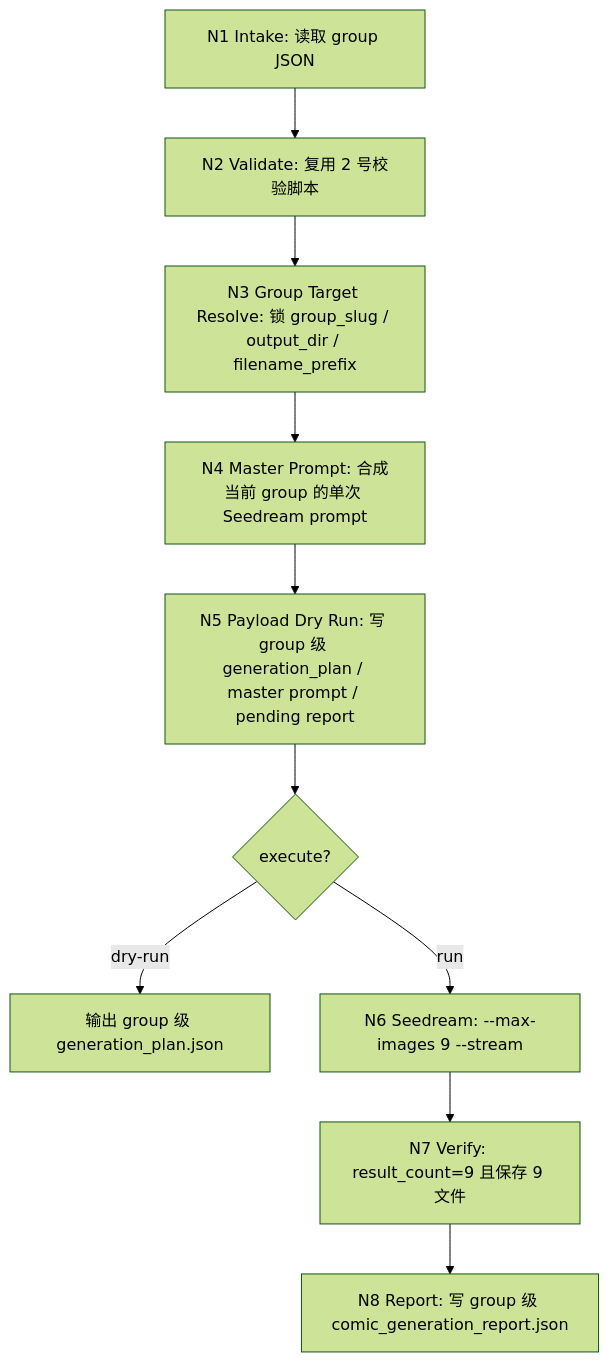
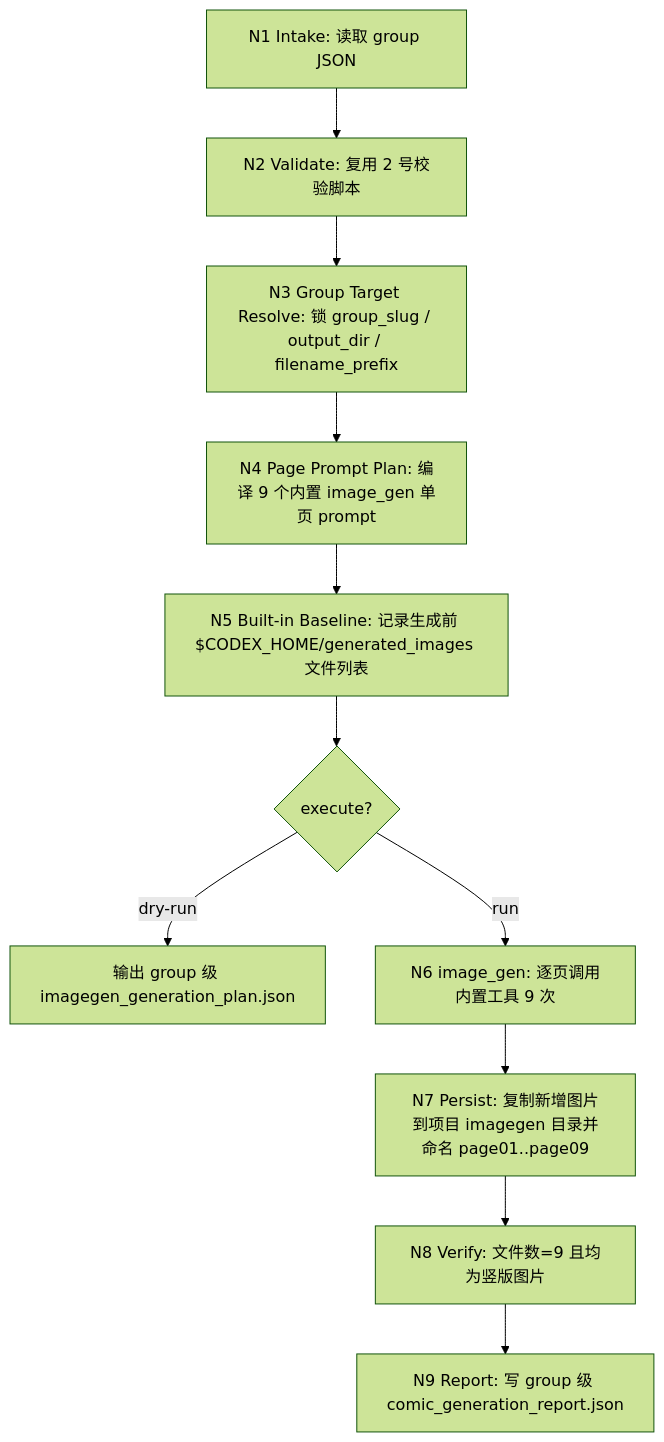
One commit to ZEN-VOID/AI-CUT changed the first of 2 diagrams in .agents/skills/comic/3-漫画生成/SKILL.md. Above: the diagram before and after it, drawn with Mermaid (forest theme). The commit also changed other lines of this file and 59 other files, not shown here.

````diff
--- a/.agents/skills/comic/3-漫画生成/SKILL.md
+++ b/.agents/skills/comic/3-漫画生成/SKILL.md
@@ -85,12 +91,13 @@
 ```mermaid
 flowchart TD
     A["N1 Intake: 读取 group JSON"] --> B["N2 Validate: 复用 2 号校验脚本"]
     B --> C["N3 Group Target Resolve: 锁 group_slug / output_dir / filename_prefix"]
-    C --> D["N4 Master Prompt: 合成当前 group 的单次 Seedream prompt"]
-    D --> E["N5 Payload Dry Run: 写 group 级 generation_plan / master prompt / pending report"]
+    C --> D["N4 Page Prompt Plan: 编译 9 个内置 image_gen 单页 prompt"]
+    D --> E["N5 Built-in Baseline: 记录生成前 $CODEX_HOME/generated_images 文件列表"]
     E --> F{"execute?"}
-    F -->|"dry-run"| G["输出 group 级 generation_plan.json"]
-    F -->|"run"| H["N6 Seedream: --max-images 9 --stream"]
-    H --> I["N7 Verify: result_count=9 且保存 9 文件"]
-    I --> J["N8 Report: 写 group 级 comic_generation_report.json"]
+    F -->|"dry-run"| G["输出 group 级 imagegen_generation_plan.json"]
+    F -->|"run"| H["N6 image_gen: 逐页调用内置工具 9 次"]
+    H --> I["N7 Persist: 复制新增图片到项目 imagegen 目录并命名 page01..page09"]
+    I --> J["N8 Verify: 文件数=9 且均为竖版图片"]
+    J --> K["N9 Report: 写 group 级 comic_generation_report.json"]
 ```
````
